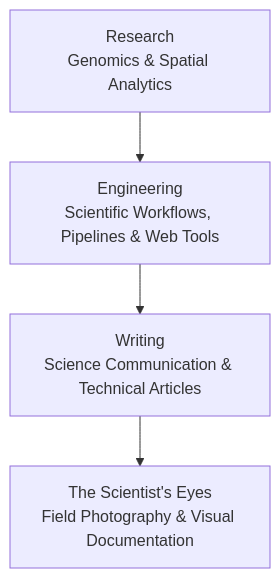
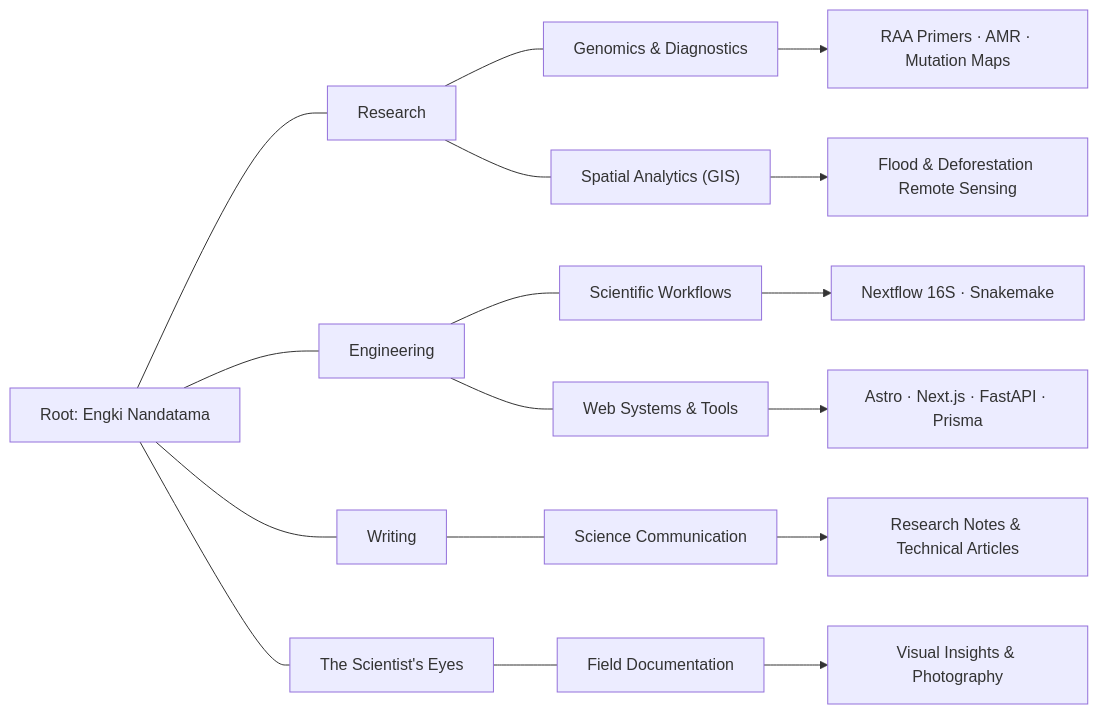
One commit to engkinandatama/engkinandatama changed the diagram in README.md. Above: the diagram before and after it, drawn with Mermaid.

Commit message:
feat: implement Phylodynamic Tree mermaid diagram

````diff
--- a/README.md
+++ b/README.md
@@ -74,6 +74,27 @@
 ```mermaid
-graph TD
-    P1["Research<br/>Genomics & Spatial Analytics"] --> P2["Engineering<br/>Scientific Workflows, Pipelines & Web Tools"]
-    P2 --> P3["Writing<br/>Science Communication & Technical Articles"]
-    P3 --> P4["The Scientist's Eyes<br/>Field Photography & Visual Documentation"]
+graph LR
+    Root["Root: Engki Nandatama"] --- P1["Research"]
+    Root --- P2["Engineering"]
+    Root --- P3["Writing"]
+    Root --- P4["The Scientist's Eyes"]
+
+    %% Branch 1: Research
+    P1 --- R_Idea1["Genomics & Diagnostics"]
+    P1 --- R_Idea2["Spatial Analytics (GIS)"]
+    R_Idea1 --> R_Exec1["RAA Primers · AMR · Mutation Maps"]
+    R_Idea2 --> R_Exec2["Flood & Deforestation Remote Sensing"]
+
+    %% Branch 2: Engineering
+    P2 --- E_Idea1["Scientific Workflows"]
+    P2 --- E_Idea2["Web Systems & Tools"]
+    E_Idea1 --> E_Exec1["Nextflow 16S · Snakemake"]
+    E_Idea2 --> E_Exec2["Astro · Next.js · FastAPI · Prisma"]
+
+    %% Branch 3: Writing
+    P3 --- W_Idea1["Science Communication"]
+    W_Idea1 --> W_Exec1["Research Notes & Technical Articles"]
+
+    %% Branch 4: The Scientist's Eyes
+    P4 --- S_Idea1["Field Documentation"]
+    S_Idea1 --> S_Exec1["Visual Insights & Photography"]
 ```
````
